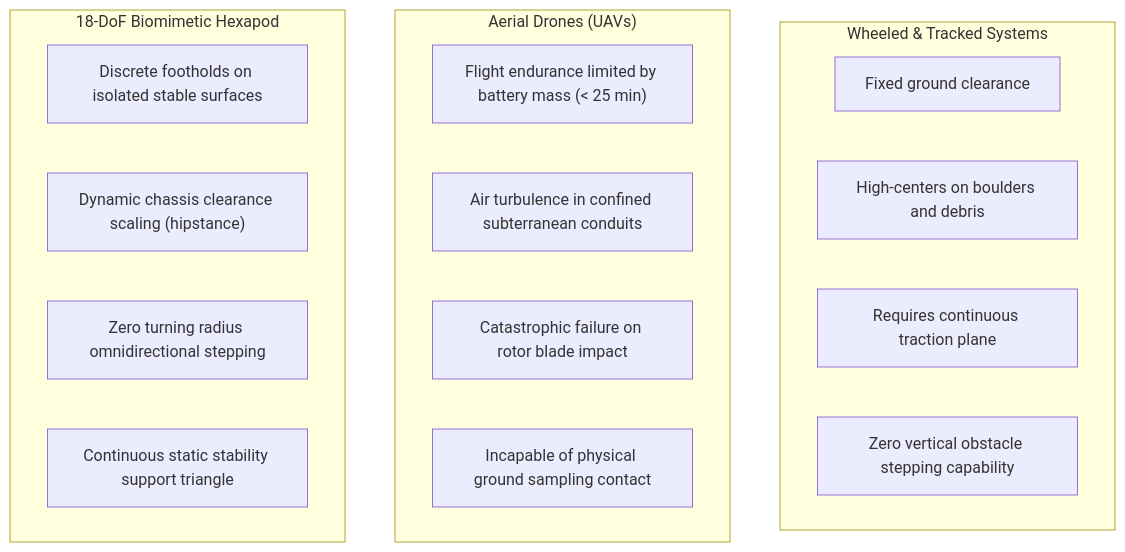
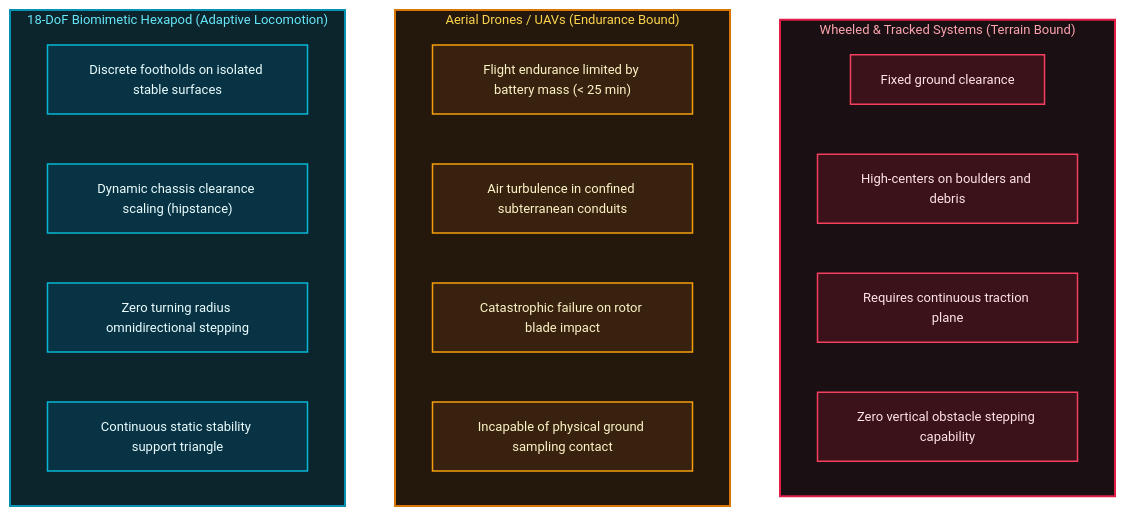
Before and after one commit to GrrGrrMan/spider-blog: the first of 4 diagrams in src/content/docs/00-mission-and-intentions.md, drawn with Mermaid. The commit also changed other lines of this file and 3 other files, not shown here.

Commit message:
fix diagram attempt .3

````diff
--- a/src/content/docs/00-mission-and-intentions.md
+++ b/src/content/docs/00-mission-and-intentions.md
@@ -15,23 +15,36 @@
 ```mermaid
+%%{init: {'theme': 'base', 'themeVariables': {'primaryColor': '#1e293b', 'primaryTextColor': '#f8fafc', 'primaryBorderColor': '#334155', 'lineColor': '#64748b', 'textColor': '#f8fafc', 'fontSize': '13px'}}}%%
 flowchart TD
-    subgraph WheeledTracked ["Wheeled & Tracked Systems"]
+    subgraph WheeledTracked ["Wheeled & Tracked Systems (Terrain Bound)"]
         W1["Fixed ground clearance"]
         W2["High-centers on boulders and debris"]
         W3["Requires continuous traction plane"]
         W4["Zero vertical obstacle stepping capability"]
     end
 
-    subgraph AerialDrones ["Aerial Drones (UAVs)"]
+    subgraph AerialDrones ["Aerial Drones / UAVs (Endurance Bound)"]
         D1["Flight endurance limited by battery mass (< 25 min)"]
         D2["Air turbulence in confined subterranean conduits"]
         D3["Catastrophic failure on rotor blade impact"]
         D4["Incapable of physical ground sampling contact"]
     end
 
-    subgraph HexapodPlatform ["18-DoF Biomimetic Hexapod"]
+    subgraph HexapodPlatform ["18-DoF Biomimetic Hexapod (Adaptive Locomotion)"]
         H1["Discrete footholds on isolated stable surfaces"]
         H2["Dynamic chassis clearance scaling (hipstance)"]
         H3["Zero turning radius omnidirectional stepping"]
         H4["Continuous static stability support triangle"]
     end
+
+    classDef redNode fill:#3b1219,stroke:#f43f5e,stroke-width:1.5px,color:#ffe4e6;
+    classDef amberNode fill:#38220f,stroke:#f59e0b,stroke-width:1.5px,color:#fef3c7;
+    classDef cyanNode fill:#083344,stroke:#06b6d4,stroke-width:1.5px,color:#ecfeff;
+
+    class W1,W2,W3,W4 redNode;
+    class D1,D2,D3,D4 amberNode;
+    class H1,H2,H3,H4 cyanNode;
+
+    style WheeledTracked fill:#1a0f13,stroke:#e11d48,stroke-width:2px,color:#fda4af
+    style AerialDrones fill:#24180d,stroke:#d97706,stroke-width:2px,color:#fcd34d
+    style HexapodPlatform fill:#0c242c,stroke:#0891b2,stroke-width:2px,color:#67e8f9
 ```
````
